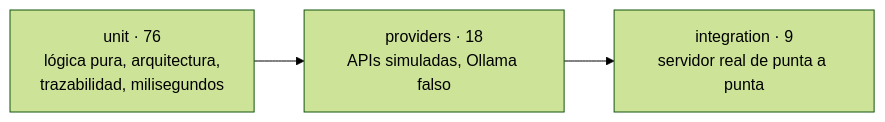
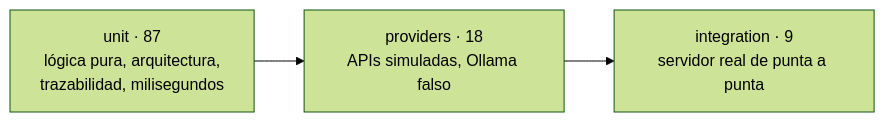
Before and after one commit to ada-school/ada-harness: diagram 13 of 15 in README.md, drawn with Mermaid (forest theme). The commit also changed other lines of this file and 19 other files, not shown here.

````diff
--- a/README.md
+++ b/README.md
@@ -629,4 +633,4 @@
 ```mermaid
 flowchart LR
-    U["unit · 76<br/>lógica pura, arquitectura,<br/>trazabilidad, milisegundos"] --> P["providers · 18<br/>APIs simuladas, Ollama falso"] --> I["integration · 9<br/>servidor real de punta a punta"]
+    U["unit · 87<br/>lógica pura, arquitectura,<br/>trazabilidad, milisegundos"] --> P["providers · 18<br/>APIs simuladas, Ollama falso"] --> I["integration · 9<br/>servidor real de punta a punta"]
 ```
````
